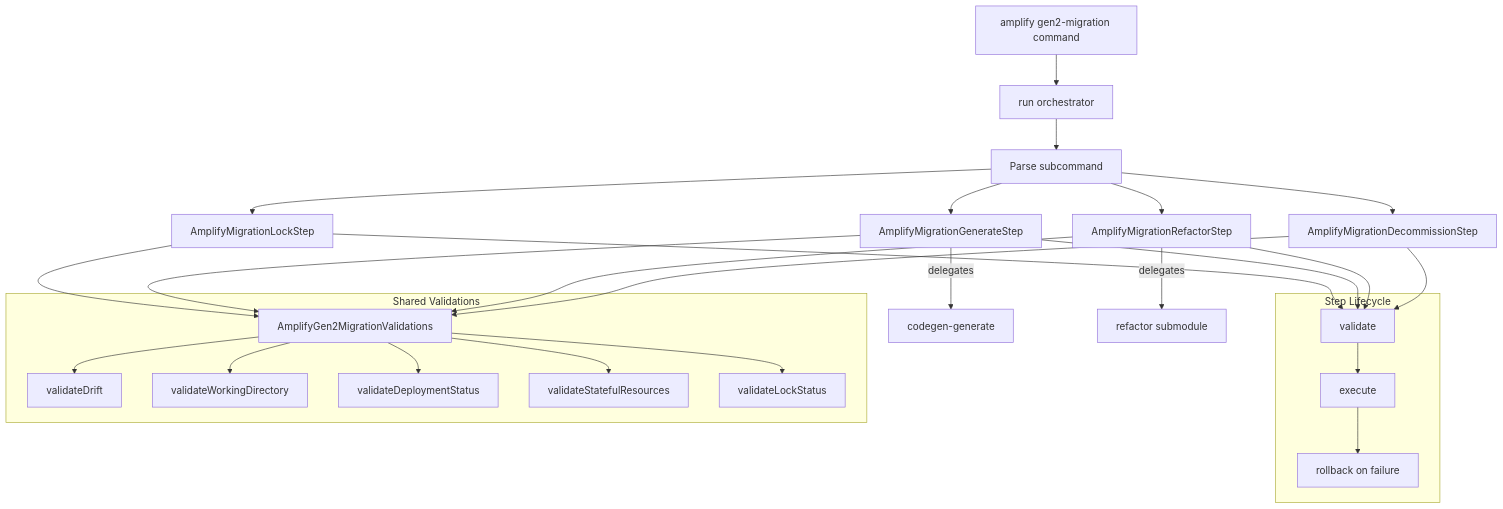
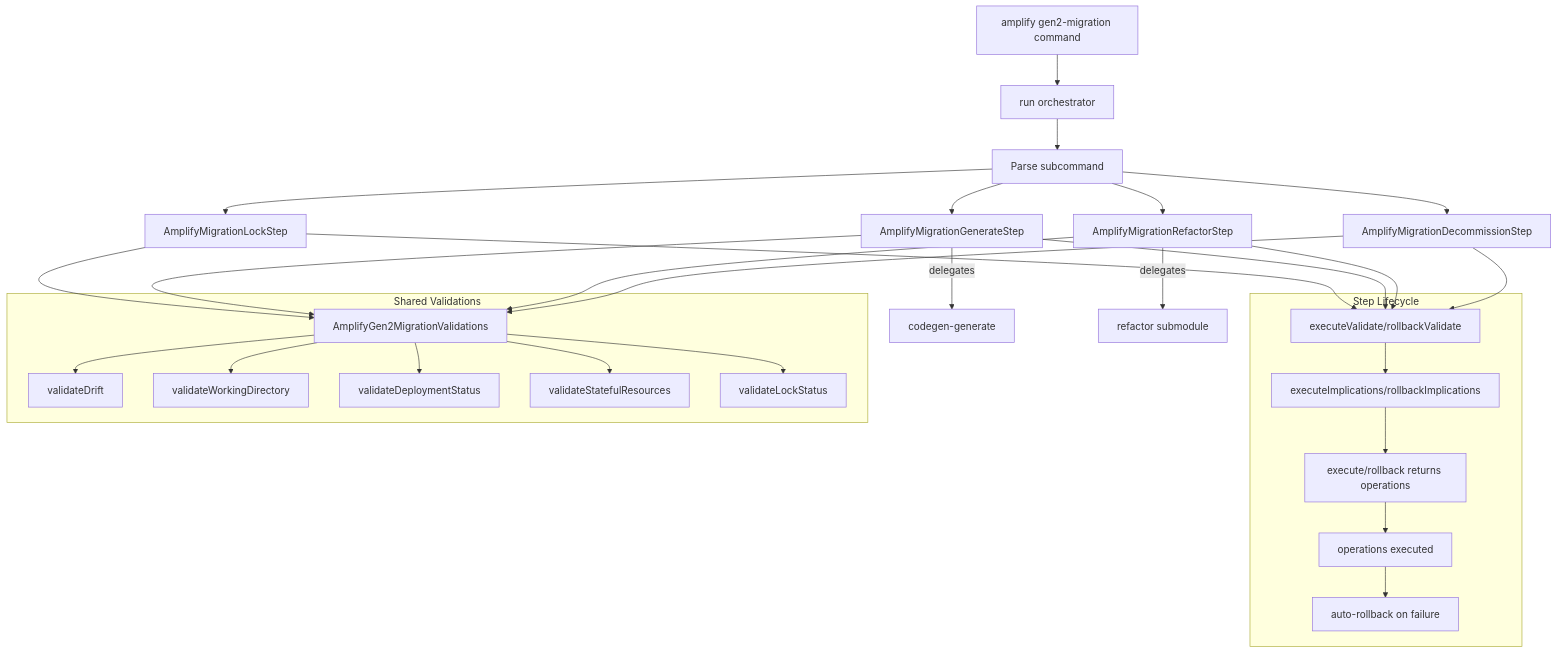
One commit to aws-amplify/amplify-cli changed the diagram in docs/amplify-cli/src/gen2-migration.md. Above: the diagram before and after it, drawn with Mermaid. The commit also changed other lines of this file, not shown here.

````diff
--- a/docs/amplify-cli/src/gen2-migration.md
+++ b/docs/amplify-cli/src/gen2-migration.md
@@ -28,37 +28,39 @@
 ```mermaid
 flowchart TD
     CLI[amplify gen2-migration command] --> RUN[run orchestrator]
     RUN --> PARSE[Parse subcommand]
     
     PARSE --> LOCK[AmplifyMigrationLockStep]
     PARSE --> GEN[AmplifyMigrationGenerateStep]
     PARSE --> REF[AmplifyMigrationRefactorStep]
     PARSE --> DEC[AmplifyMigrationDecommissionStep]
     
     subgraph "Step Lifecycle"
-        V[validate] --> E[execute]
-        E --> R[rollback on failure]
+        VI[executeValidate/rollbackValidate] --> IMP[executeImplications/rollbackImplications]
+        IMP --> OPS[execute/rollback returns operations]
+        OPS --> EX[operations executed]
+        EX --> AR[auto-rollback on failure]
     end
     
-    LOCK --> V
-    GEN --> V
-    REF --> V
-    DEC --> V
+    LOCK --> VI
+    GEN --> VI
+    REF --> VI
+    DEC --> VI
     
     GEN -->|delegates| CG[codegen-generate]
     REF -->|delegates| RF[refactor submodule]
     
     subgraph "Shared Validations"
         VAL[AmplifyGen2MigrationValidations]
         VAL --> VD[validateDrift]
         VAL --> VW[validateWorkingDirectory]
         VAL --> VS[validateDeploymentStatus]
         VAL --> VSR[validateStatefulResources]
         VAL --> VL[validateLockStatus]
     end
     
     LOCK --> VAL
     GEN --> VAL
     REF --> VAL
     DEC --> VAL
 ```
````
